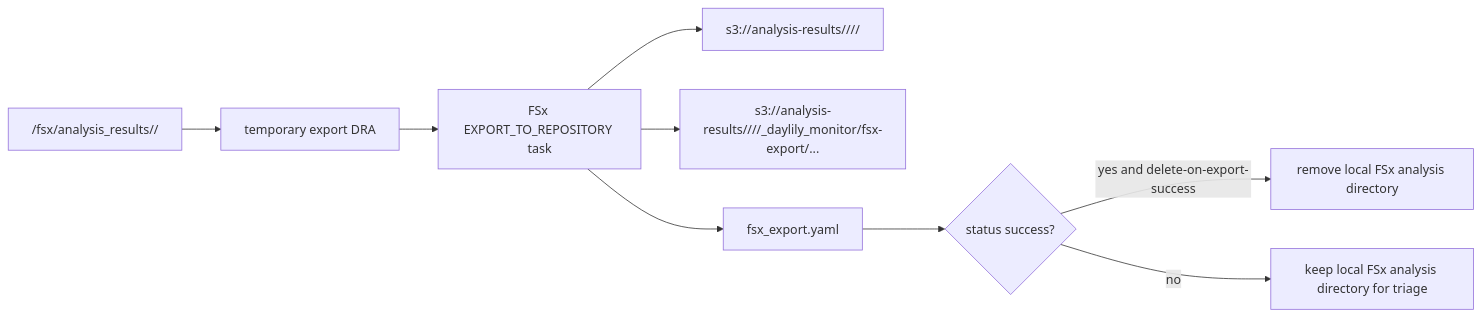
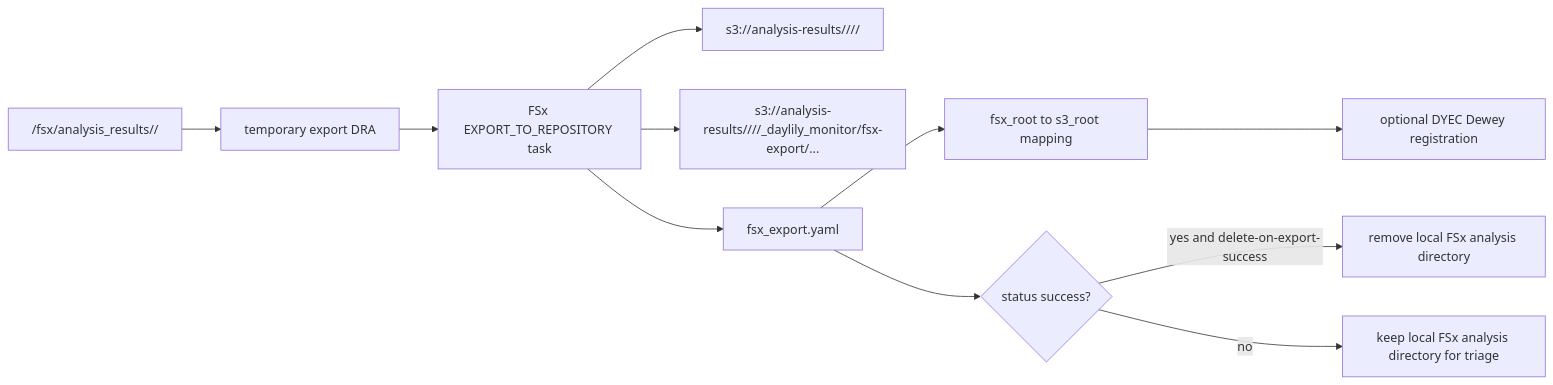
The fourth of 4 diagrams in docs/s3_bucket_lifecycle.md (Daylily-Informatics/daylily-ephemeral-cluster), drawn with Mermaid before and after one commit. The commit also changed other lines of this file and 19 other files, not shown here.

Commit message:
Add DYEC Dewey artifact registration

````diff
--- a/docs/s3_bucket_lifecycle.md
+++ b/docs/s3_bucket_lifecycle.md
@@ -274,11 +280,13 @@
 ```mermaid
 flowchart LR
   Local["/fsx/analysis_results/<entity>/<analysis_id>"] --> Attach["temporary export DRA"]
   Attach --> Task["FSx EXPORT_TO_REPOSITORY task"]
   Task --> Dest["s3://analysis-results/<prefix>/<entity>/<analysis_id>/"]
   Task --> Report["s3://analysis-results/<prefix>/<entity>/<analysis_id>/_daylily_monitor/fsx-export/..."]
   Task --> Receipt["fsx_export.yaml"]
+  Receipt --> Map["fsx_root to s3_root mapping"]
+  Map --> Dewey["optional DYEC Dewey registration"]
   Receipt --> Check{"status success?"}
   Check -->|yes and delete-on-export-success| Delete["remove local FSx analysis directory"]
   Check -->|no| Keep["keep local FSx analysis directory for triage"]
 ```
````
